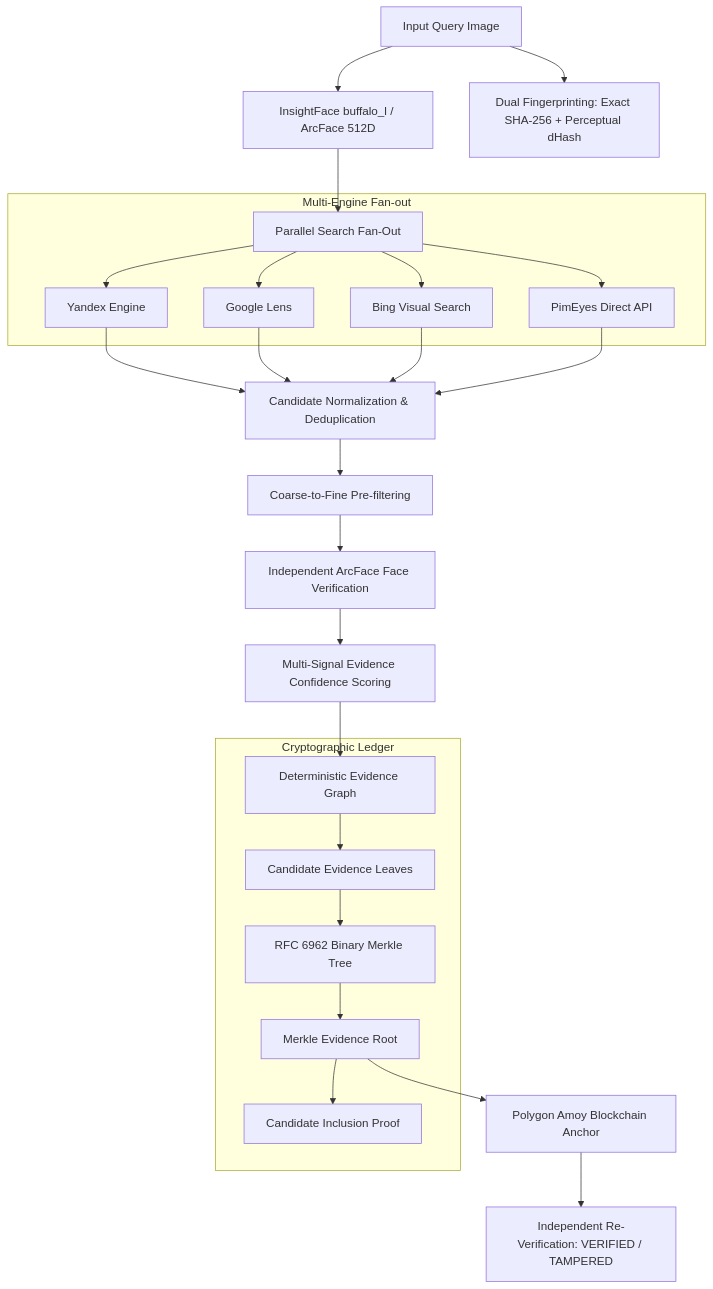
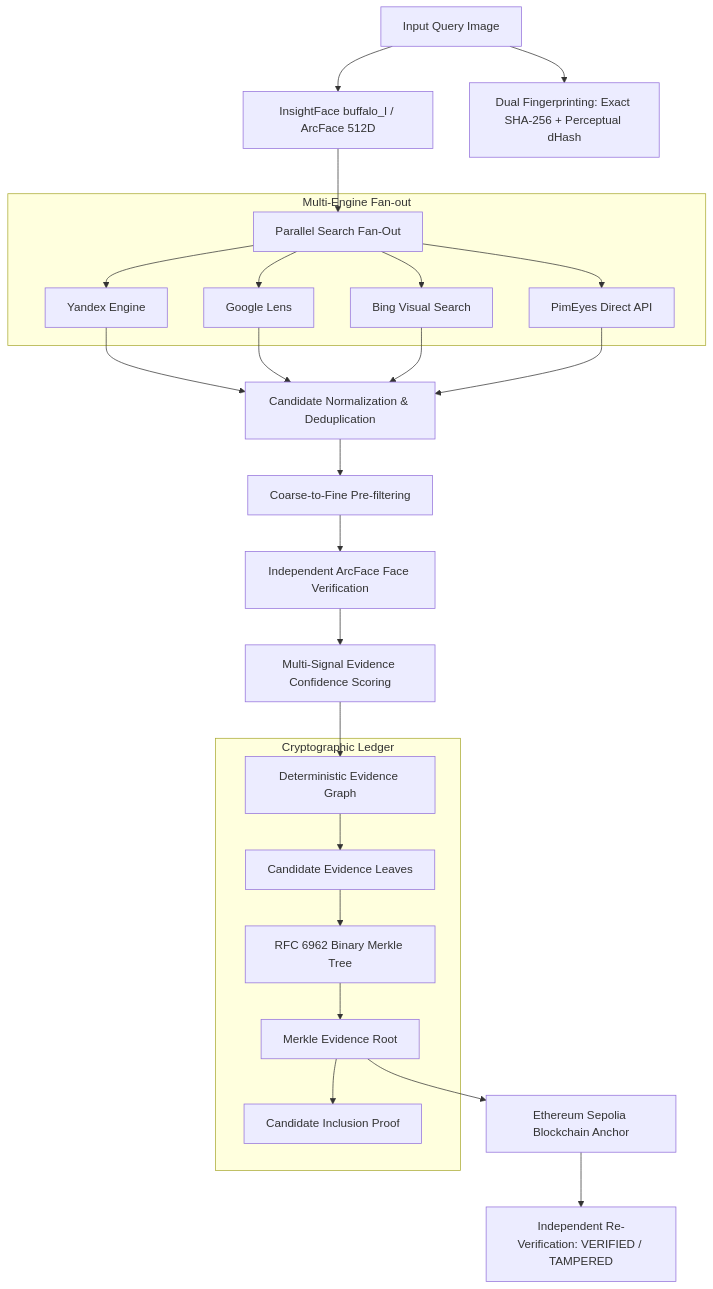
Before and after one commit to vanrajsinh650/TraceFace: the diagram in README.md, drawn with Mermaid. The commit also changed other lines of this file and 6 other files, not shown here.

Commit message:
feat: migrate blockchain anchoring and verification to Ethereum Sepolia

````diff
--- a/README.md
+++ b/README.md
@@ -21,33 +21,33 @@
 ```mermaid
 flowchart TD
     A[Input Query Image] --> B[InsightFace buffalo_l / ArcFace 512D]
     A --> C[Dual Fingerprinting: Exact SHA-256 + Perceptual dHash]
     B --> D[Parallel Search Fan-Out]
     
     subgraph Multi-Engine Fan-out
         D --> E1[Yandex Engine]
         D --> E2[Google Lens]
         D --> E3[Bing Visual Search]
         D --> E4[PimEyes Direct API]
     end
 
     E1 --> F[Candidate Normalization & Deduplication]
     E2 --> F
     E3 --> F
     E4 --> F
 
     F --> G[Coarse-to-Fine Pre-filtering]
     G --> H[Independent ArcFace Face Verification]
     H --> I[Multi-Signal Evidence Confidence Scoring]
     I --> J[Deterministic Evidence Graph]
     
     subgraph Cryptographic Ledger
         J --> K[Candidate Evidence Leaves]
         K --> L[RFC 6962 Binary Merkle Tree]
         L --> M[Merkle Evidence Root]
         M --> N[Candidate Inclusion Proof]
     end
 
-    M --> O[Polygon Amoy Blockchain Anchor]
+    M --> O[Ethereum Sepolia Blockchain Anchor]
     O --> P[Independent Re-Verification: VERIFIED / TAMPERED]
 ```
````
